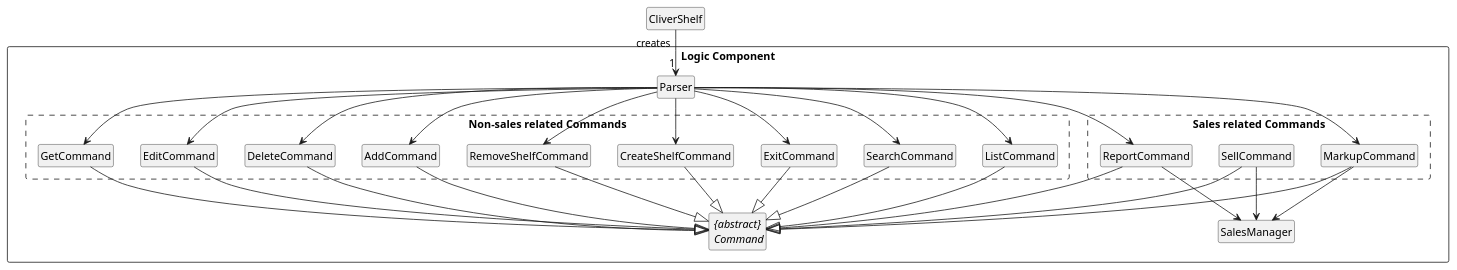
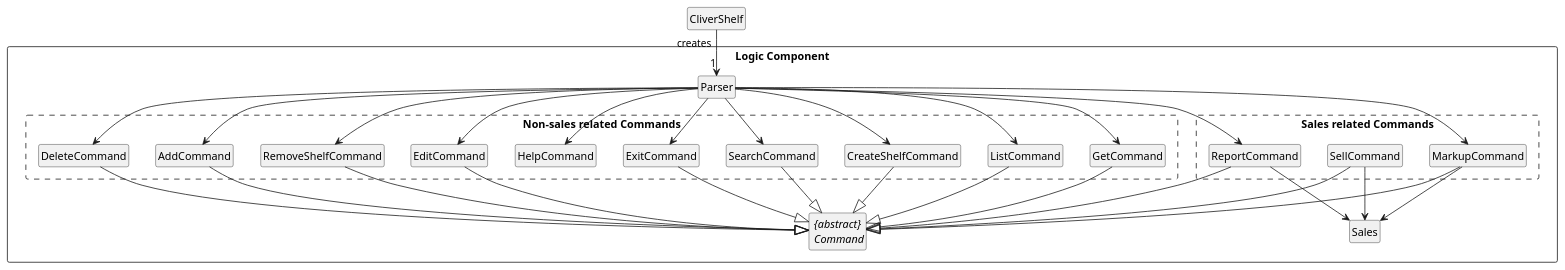
Before and after one commit to zh1huang/tp: the diagram in docs/puml/LogicClassDiagram.puml, drawn with PlantUML. The commit also changed 3 other files, not shown here.

```diff
--- a/docs/puml/LogicClassDiagram.puml
+++ b/docs/puml/LogicClassDiagram.puml
@@ -1,64 +1,66 @@
 @startuml
 'https://plantuml.com/class-diagram
 hide circle
 skinparam classAttributeIconSize 0
 hide empty members
 
 class CliverShelf
 
 package "Logic Component" <<Rectangle>> {
     package "Non-sales related Commands" <<Rectangle>> #line.dashed{
         class CreateShelfCommand
         class RemoveShelfCommand
         class AddCommand
         class DeleteCommand
         class EditCommand
         class GetCommand
         class ListCommand
         class SearchCommand
         class ExitCommand
+        class HelpCommand
     }
     class Parser
 
     package "Sales related Commands" <<Rectangle>> #line.dashed{
         class SellCommand
         class ReportCommand
         class MarkupCommand
     }
 
-    class SalesManager
+    class Sales
 
     abstract class "{abstract}\n Command" as command
 
 }
 
 CliverShelf "creates"--> "1" Parser
 
 Parser --> CreateShelfCommand
 Parser --> RemoveShelfCommand
 Parser --> AddCommand
 Parser --> DeleteCommand
 Parser --> EditCommand
 Parser --> GetCommand
 Parser --> ListCommand
 Parser --> SearchCommand
 Parser --> ExitCommand
 Parser --> ReportCommand
 Parser --> MarkupCommand
+Parser --> HelpCommand
 
 CreateShelfCommand --|> command
 RemoveShelfCommand --|> command
 AddCommand --|> command
 DeleteCommand --|> command
 EditCommand --|> command
 GetCommand --|> command
 ListCommand --|> command
 SearchCommand --|> command
 ExitCommand --|> command
 SellCommand --|> command
-SellCommand --> SalesManager
+SellCommand --> Sales
 ReportCommand --|> command
-ReportCommand --> SalesManager
+ReportCommand --> Sales
 MarkupCommand --|> command
-MarkupCommand --> SalesManager
+MarkupCommand --> Sales
 @enduml
```
